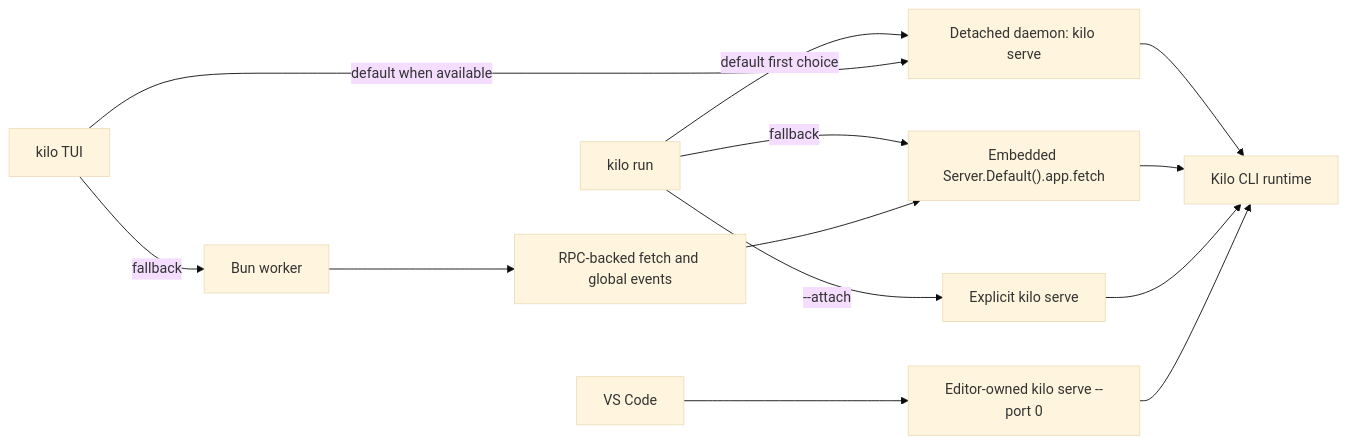
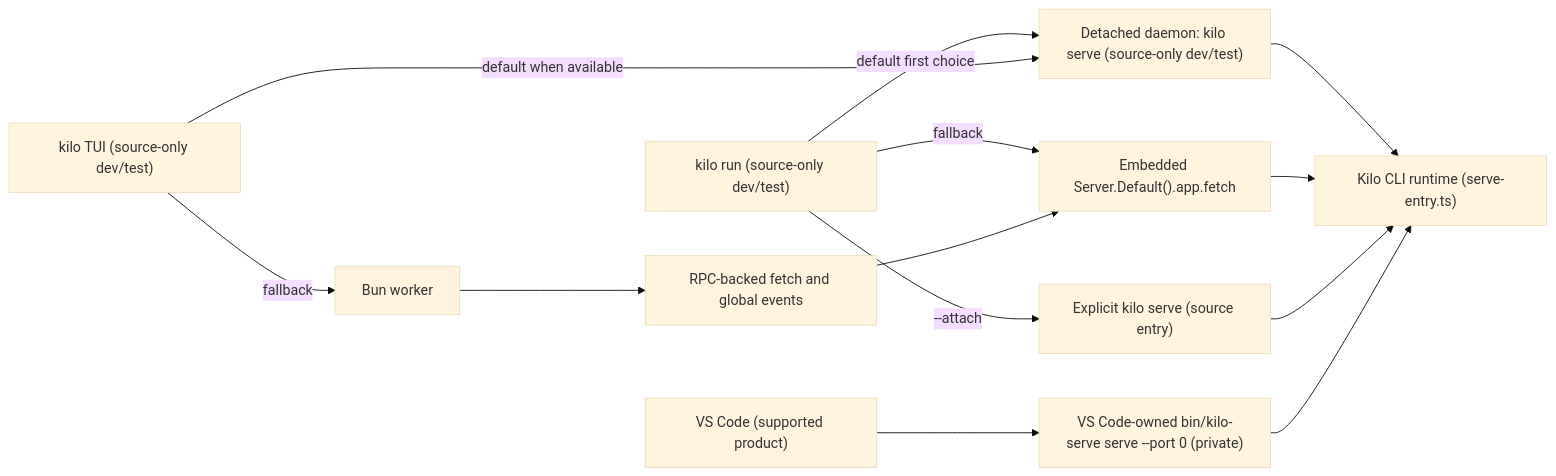
One commit to JorkeyLiu/kilocode changed the first of 3 diagrams in packages/kilo-docs/pages/contributing/architecture/cli-runtime.md. Above: the diagram before and after it, drawn with Mermaid (base theme). The commit also changed other lines of this file and 177 other files, not shown here.

First line of the commit message:
feat(vscode)!: retire standalone CLI for private runtime

````diff
--- a/packages/kilo-docs/pages/contributing/architecture/cli-runtime.md
+++ b/packages/kilo-docs/pages/contributing/architecture/cli-runtime.md
@@ -44,24 +44,24 @@
 ```mermaid
 flowchart LR
-  run["kilo run"]
-  tui["kilo TUI"]
-  daemon["Detached daemon: kilo serve"]
+  run["kilo run (source-only dev/test)"]
+  tui["kilo TUI (source-only dev/test)"]
+  daemon["Detached daemon: kilo serve (source-only dev/test)"]
   worker["Bun worker"]
   rpc["RPC-backed fetch and global events"]
   embedded["Embedded Server.Default().app.fetch"]
-  serve["Explicit kilo serve"]
-  editors["VS Code"]
-  editorServer["Editor-owned kilo serve --port 0"]
-  runtime["Kilo CLI runtime"]
+  serve["Explicit kilo serve (source entry)"]
+  editors["VS Code (supported product)"]
+  editorServer["VS Code-owned bin/kilo-serve serve --port 0 (private)"]
+  runtime["Kilo CLI runtime (serve-entry.ts)"]
 
   run -->|"default first choice"| daemon
   run -->|"fallback"| embedded
   run -->|"--attach"| serve
   tui -->|"default when available"| daemon
   tui -->|"fallback"| worker --> rpc --> embedded
   editors --> editorServer
   daemon --> runtime
   embedded --> runtime
   serve --> runtime
   editorServer --> runtime
 ```
````
